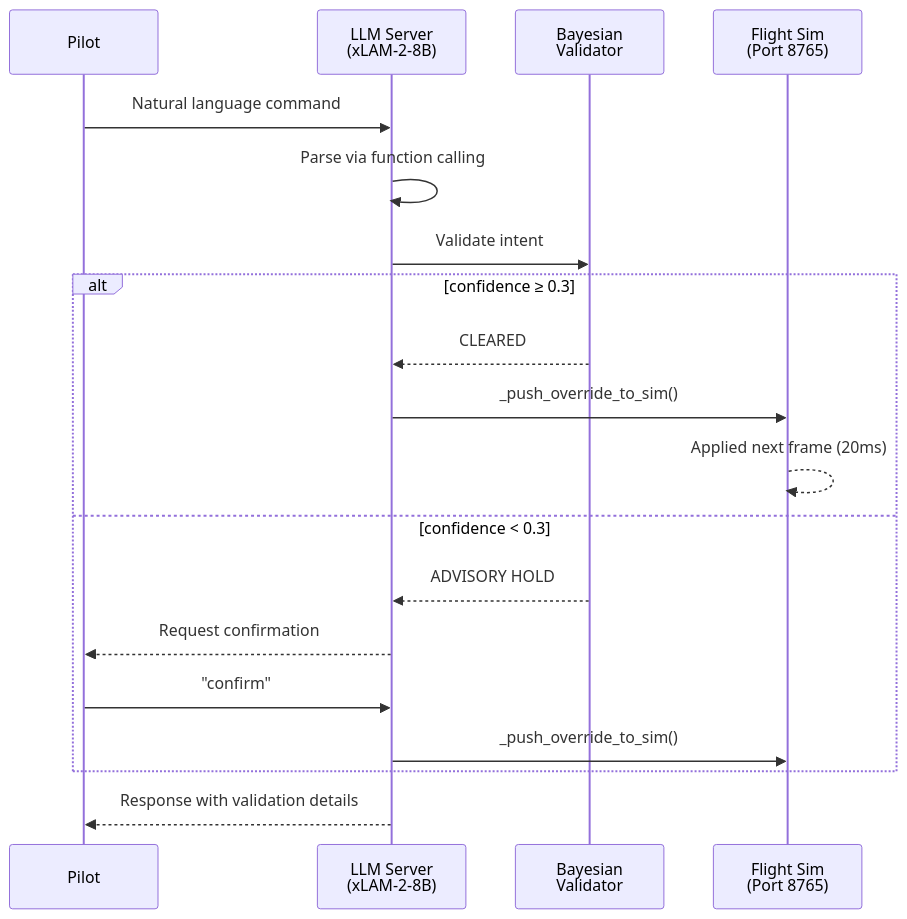
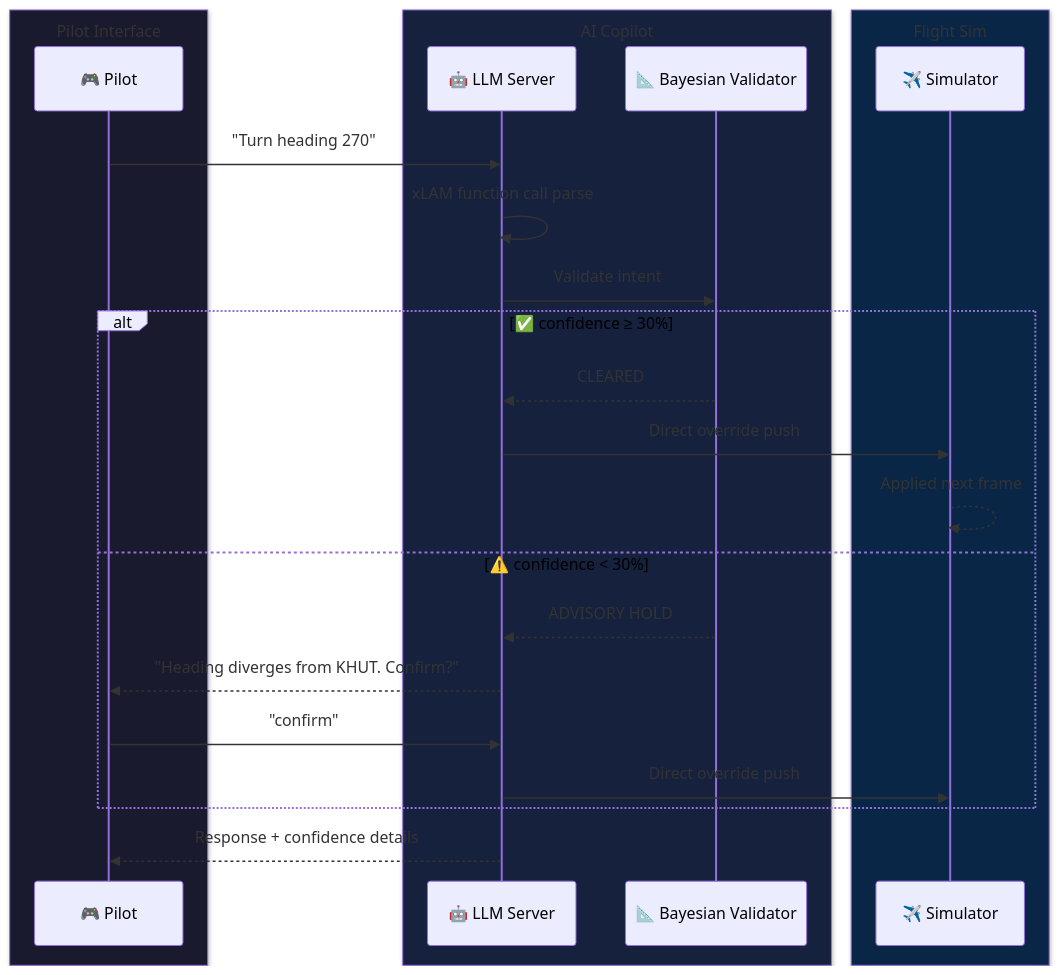
Before and after one commit to kushkoirala/AIDA: the second of 5 diagrams in README.md, drawn with Mermaid. The commit also changed other lines of this file and 1 other file, not shown here.

First line of the commit message:
Redesign Mermaid diagrams with color, icons, and better layout

````diff
--- a/README.md
+++ b/README.md
@@ -223,22 +231,28 @@
 ```mermaid
 sequenceDiagram
-    participant Pilot
-    participant LLM as LLM Server<br/>(xLAM-2-8B)
-    participant Bayes as Bayesian<br/>Validator
-    participant Sim as Flight Sim<br/>(Port 8765)
+    box rgb(26, 26, 46) Pilot Interface
+        participant Pilot as 🎮 Pilot
+    end
+    box rgb(22, 33, 62) AI Copilot
+        participant LLM as 🤖 LLM Server
+        participant Bayes as 📐 Bayesian Validator
+    end
+    box rgb(10, 38, 71) Flight Sim
+        participant Sim as ✈️ Simulator
+    end
 
-    Pilot->>LLM: Natural language command
-    LLM->>LLM: Parse via function calling
+    Pilot->>LLM: "Turn heading 270"
+    LLM->>LLM: xLAM function call parse
     LLM->>Bayes: Validate intent
-    alt confidence ≥ 0.3
+    alt ✅ confidence ≥ 30%
         Bayes-->>LLM: CLEARED
-        LLM->>Sim: _push_override_to_sim()
-        Sim-->>Sim: Applied next frame (20ms)
-    else confidence < 0.3
+        LLM->>Sim: Direct override push
+        Sim-->>Sim: Applied next frame
+    else ⚠️ confidence < 30%
         Bayes-->>LLM: ADVISORY HOLD
-        LLM-->>Pilot: Request confirmation
+        LLM-->>Pilot: "Heading diverges from KHUT. Confirm?"
         Pilot->>LLM: "confirm"
-        LLM->>Sim: _push_override_to_sim()
+        LLM->>Sim: Direct override push
     end
-    LLM-->>Pilot: Response with validation details
+    LLM-->>Pilot: Response + confidence details
 ```
````
